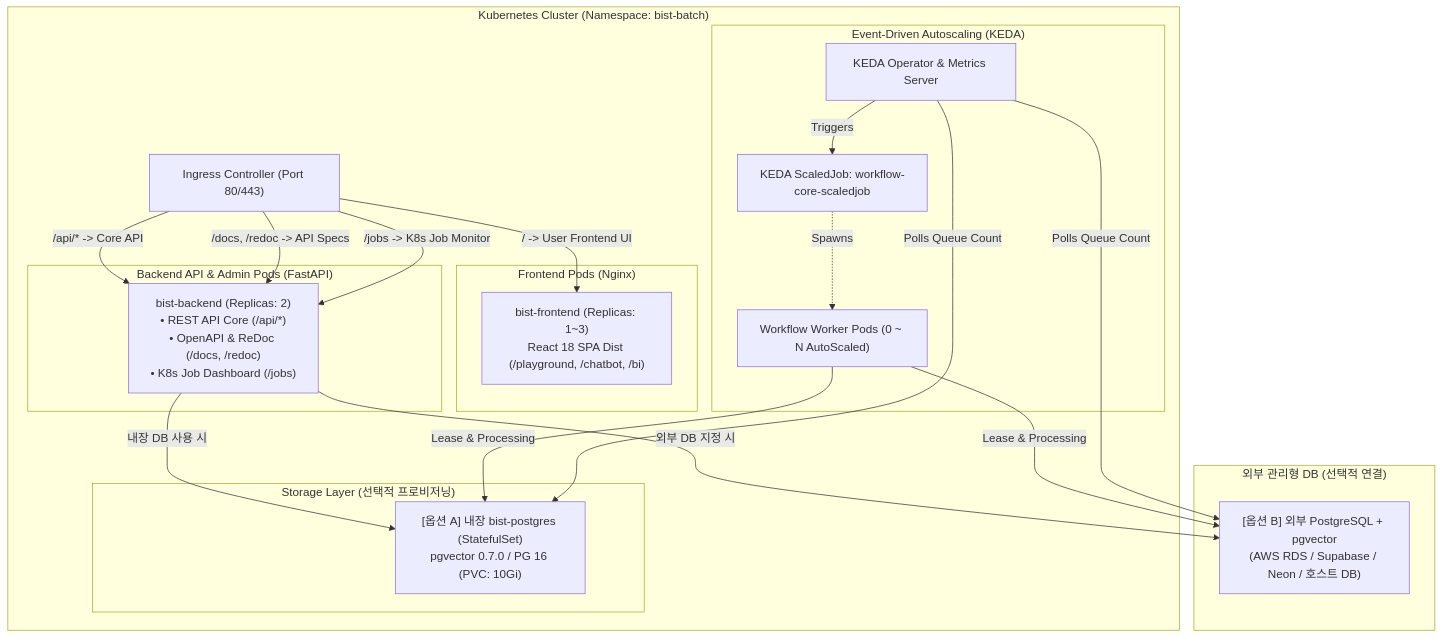
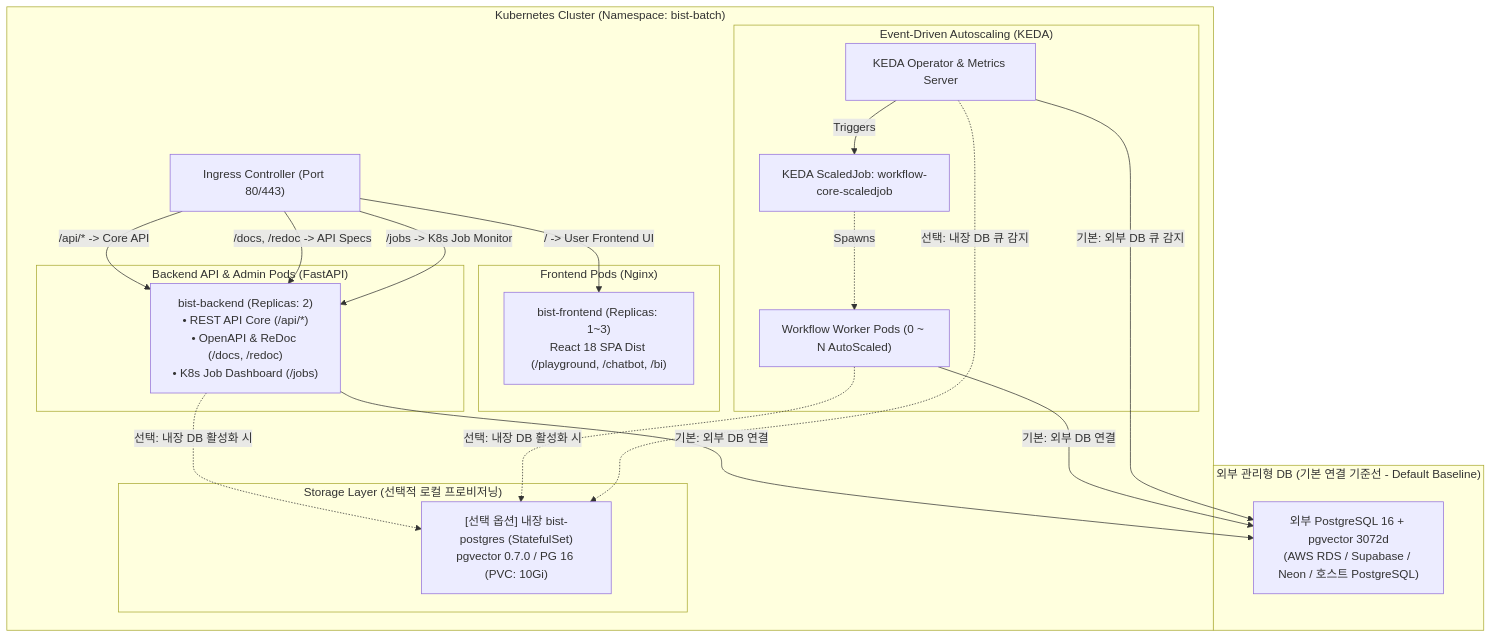
Before and after one commit to bist-mini-final/bist-mini-final: the first of 4 diagrams in docs/01_system_blueprints/BP-104_deployment_and_infra_topology.md, drawn with Mermaid. The commit also changed other lines of this file, not shown here.

Commit message:
docs: establish External Managed DB as default baseline and Embedded DB as optional in BP-104

````diff
--- a/docs/01_system_blueprints/BP-104_deployment_and_infra_topology.md
+++ b/docs/01_system_blueprints/BP-104_deployment_and_infra_topology.md
@@ -11,42 +11,42 @@
 ```mermaid
 graph TB
+    subgraph ExternalDBGroup ["외부 관리형 DB (기본 연결 기준선 - Default Baseline)"]
+        PG_EXTERNAL["외부 PostgreSQL 16 + pgvector 3072d<br>(AWS RDS / Supabase / Neon / 호스트 PostgreSQL)"]
+    end
+
     subgraph K8sCluster ["Kubernetes Cluster (Namespace: bist-batch)"]
         INGRESS["Ingress Controller (Port 80/443)"]
         
         subgraph FrontendGroup ["Frontend Pods (Nginx)"]
             FE["bist-frontend (Replicas: 1~3)<br>React 18 SPA Dist (/playground, /chatbot, /bi)"]
         end
 
         subgraph BackendGroup ["Backend API & Admin Pods (FastAPI)"]
             BE["bist-backend (Replicas: 2)<br>• REST API Core (/api/*)<br>• OpenAPI & ReDoc (/docs, /redoc)<br>• K8s Job Dashboard (/jobs)"]
         end
 
-        subgraph StorageGroup ["Storage Layer (선택적 프로비저닝)"]
-            PG_INTERNAL["[옵션 A] 내장 bist-postgres (StatefulSet)<br>pgvector 0.7.0 / PG 16 (PVC: 10Gi)"]
+        subgraph OptionalStorageGroup ["Storage Layer (선택적 로컬 프로비저닝)"]
+            PG_INTERNAL["[선택 옵션] 내장 bist-postgres (StatefulSet)<br>pgvector 0.7.0 / PG 16 (PVC: 10Gi)"]
         end
 
         subgraph KedaGroup ["Event-Driven Autoscaling (KEDA)"]
             KEDA_OP["KEDA Operator & Metrics Server"]
             SCALED_JOB["KEDA ScaledJob: workflow-core-scaledjob"]
             WORKER_PODS["Workflow Worker Pods (0 ~ N AutoScaled)"]
             SCALED_JOB -.->|Spawns| WORKER_PODS
         end
     end
 
-    subgraph ExternalDBGroup ["외부 관리형 DB (선택적 연결)"]
-        PG_EXTERNAL["[옵션 B] 외부 PostgreSQL + pgvector<br>(AWS RDS / Supabase / Neon / 호스트 DB)"]
-    end
-
     INGRESS -->|/ -> User Frontend UI| FE
     INGRESS -->|/api/* -> Core API| BE
     INGRESS -->|/docs, /redoc -> API Specs| BE
     INGRESS -->|/jobs -> K8s Job Monitor| BE
     
-    BE -->|내장 DB 사용 시| PG_INTERNAL
-    BE -->|외부 DB 지정 시| PG_EXTERNAL
-    WORKER_PODS -->|Lease & Processing| PG_INTERNAL
-    WORKER_PODS -->|Lease & Processing| PG_EXTERNAL
-    KEDA_OP -->|Polls Queue Count| PG_INTERNAL
-    KEDA_OP -->|Polls Queue Count| PG_EXTERNAL
+    BE -->|기본: 외부 DB 연결| PG_EXTERNAL
+    BE -.->|선택: 내장 DB 활성화 시| PG_INTERNAL
+    WORKER_PODS -->|기본: 외부 DB 연결| PG_EXTERNAL
+    WORKER_PODS -.->|선택: 내장 DB 활성화 시| PG_INTERNAL
+    KEDA_OP -->|기본: 외부 DB 큐 감지| PG_EXTERNAL
+    KEDA_OP -.->|선택: 내장 DB 큐 감지| PG_INTERNAL
     KEDA_OP -->|Triggers| SCALED_JOB
 ```
````
